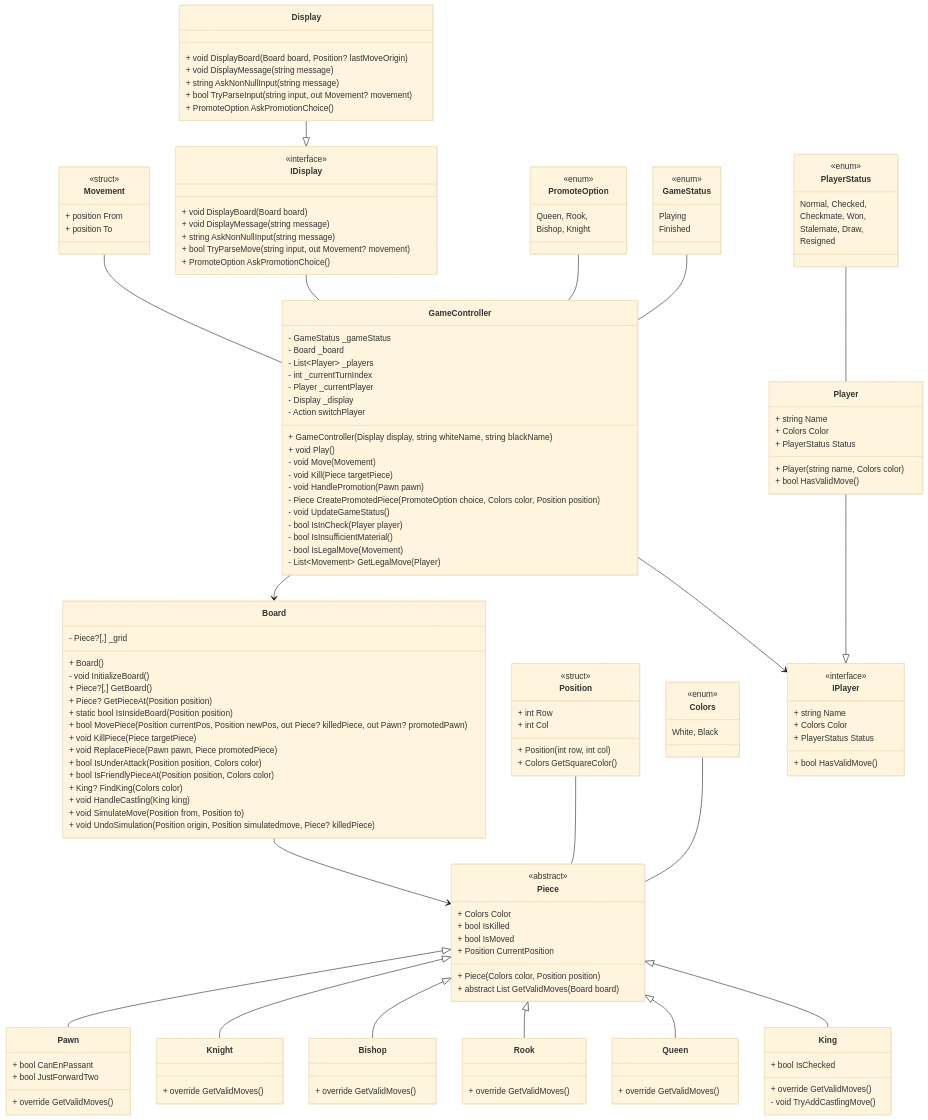
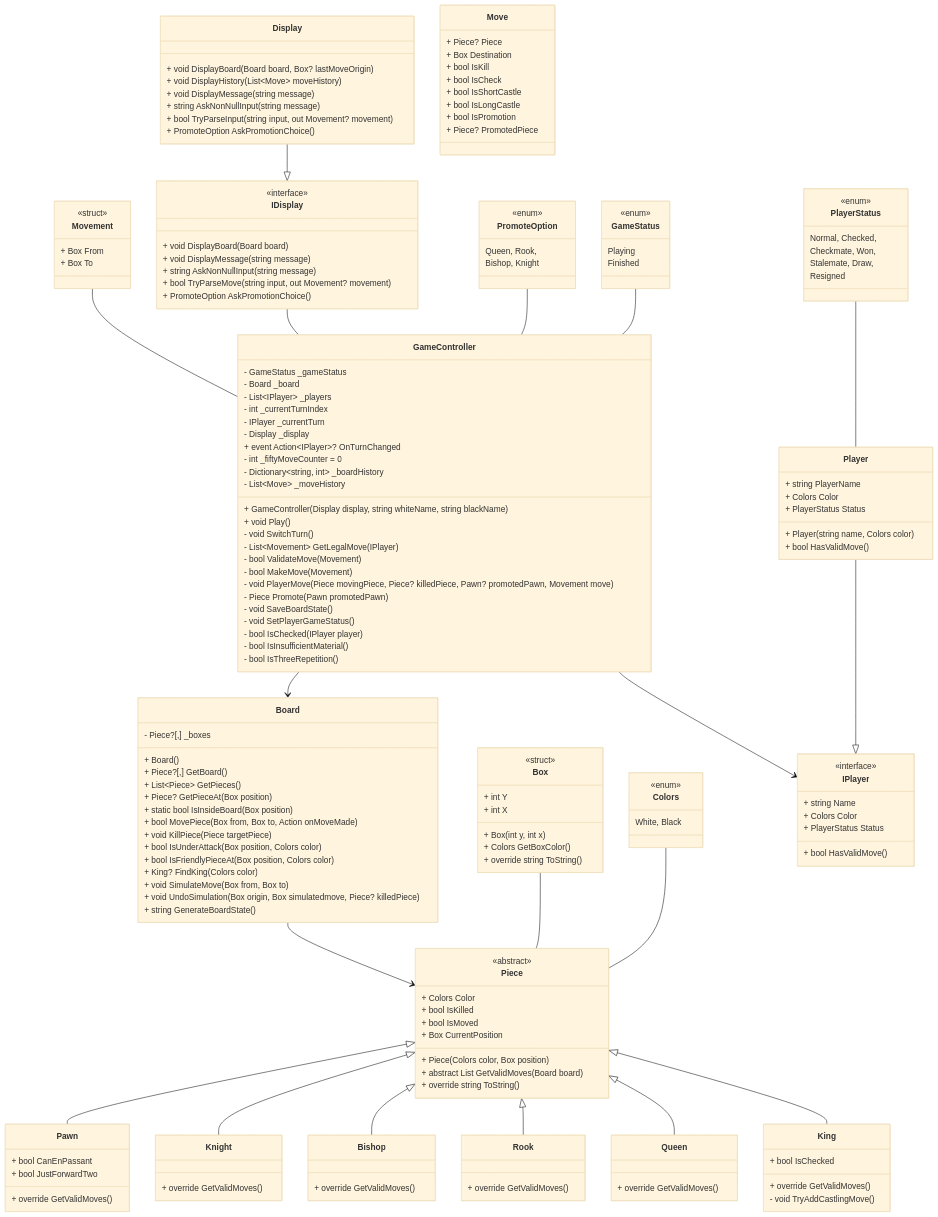
The diagram in BoardGame/chess2.mmd (soniaagst/project-sonia), drawn with Mermaid (base theme) before and after one commit. The commit also changed 2 other files, not shown here.

Commit message:
updated chess class diagram

```diff
--- a/BoardGame/chess2.mmd
+++ b/BoardGame/chess2.mmd
@@ -1,172 +1,190 @@
 classDiagram
     class GameController {
         - GameStatus _gameStatus
         - Board _board
-        - List~Player~ _players
+        - List~IPlayer~ _players
         - int _currentTurnIndex
-        - Player _currentPlayer
+        - IPlayer _currentTurn
         - Display _display
-        - Action switchPlayer
+        + event Action~IPlayer~? OnTurnChanged
+        - int _fiftyMoveCounter = 0
+        - Dictionary~string, int~ _boardHistory
+        - List~Move~ _moveHistory
         + GameController(Display display, string whiteName, string blackName)
         + void Play()
-        - void Move(Movement)
-        - void Kill(Piece targetPiece)
-        - void HandlePromotion(Pawn pawn)
-        - Piece CreatePromotedPiece(PromoteOption choice, Colors color, Position position)
-        - void UpdateGameStatus()
-        - bool IsInCheck(Player player)
+        - void SwitchTurn()
+        - List~Movement~ GetLegalMove(IPlayer)
+        - bool ValidateMove(Movement)
+        - bool MakeMove(Movement)
+        - void PlayerMove(Piece movingPiece, Piece? killedPiece, Pawn? promotedPawn, Movement move)
+        - Piece Promote(Pawn promotedPawn)
+        - void SaveBoardState()
+        - void SetPlayerGameStatus()
+        - bool IsChecked(IPlayer player)
         - bool IsInsufficientMaterial()
-        - bool IsLegalMove(Movement)
-        - List~Movement~ GetLegalMove(Player)
+        - bool IsThreeRepetition()
     }
 
     class Display {
-        + void DisplayBoard(Board board, Position? lastMoveOrigin)
+        + void DisplayBoard(Board board, Box? lastMoveOrigin)
+        + void DisplayHistory(List~Move~ moveHistory)
         + void DisplayMessage(string message)
         + string AskNonNullInput(string message)
         + bool TryParseInput(string input, out Movement? movement)
         + PromoteOption AskPromotionChoice()
     }
 
     class Board {
-        - Piece?[,] _grid
+        - Piece?[,] _boxes
         + Board()
-        - void InitializeBoard()
         + Piece?[,] GetBoard()
-        + Piece? GetPieceAt(Position position)
-        + static bool IsInsideBoard(Position position)
-        + bool MovePiece(Position currentPos, Position newPos, out Piece? killedPiece, out Pawn? promotedPawn)
+        + List~Piece~ GetPieces()
+        + Piece? GetPieceAt(Box position)
+        + static bool IsInsideBoard(Box position)
+        + bool MovePiece(Box from, Box to, Action onMoveMade)
         + void KillPiece(Piece targetPiece)
-        + void ReplacePiece(Pawn pawn, Piece promotedPiece)
-        + bool IsUnderAttack(Position position, Colors color)
-        + bool IsFriendlyPieceAt(Position position, Colors color)
+        + bool IsUnderAttack(Box position, Colors color)
+        + bool IsFriendlyPieceAt(Box position, Colors color)
         + King? FindKing(Colors color)
-        + void HandleCastling(King king)
-        + void SimulateMove(Position from, Position to)
-        + void UndoSimulation(Position origin, Position simulatedmove, Piece? killedPiece)
+        + void SimulateMove(Box from, Box to)
+        + void UndoSimulation(Box origin, Box simulatedmove, Piece? killedPiece)
+        + string GenerateBoardState()
     }
 
     class Piece {
         <<abstract>>
         + Colors Color
         + bool IsKilled
         + bool IsMoved
-        + Position CurrentPosition
-        + Piece(Colors color, Position position)
+        + Box CurrentPosition
+        + Piece(Colors color, Box position)
         + abstract List<Position> GetValidMoves(Board board)
+        + override string ToString()
     }
 
     class Pawn {
         + bool CanEnPassant
         + bool JustForwardTwo
         + override GetValidMoves()
     }
 
     class Knight {
         + override GetValidMoves()
     }
 
     class Bishop {
         + override GetValidMoves()
     }
 
     class Rook {
         + override GetValidMoves()
     }
 
     class Queen {
         + override GetValidMoves()
     }
 
     class King {
         + bool IsChecked
         + override GetValidMoves()
         - void TryAddCastlingMove()
     }
 
     class Player {
-        + string Name
+        + string PlayerName
         + Colors Color
         + PlayerStatus Status
         + Player(string name, Colors color)
         + bool HasValidMove()
     }
 
     class Movement {
         <<struct>>
-        + position From
-        + position To
+        + Box From
+        + Box To
     }
 
-    class Position {
+    class Move {
+        + Piece? Piece
+        + Box Destination
+        + bool IsKill
+        + bool IsCheck
+        + bool IsShortCastle
+        + bool IsLongCastle
+        + bool IsPromotion
+        + Piece? PromotedPiece
+    }
+
+    class Box {
         <<struct>>
-        + int Row
-        + int Col
-        + Position(int row, int col)
-        + Colors GetSquareColor()
+        + int Y
+        + int X
+        + Box(int y, int x)
+        + Colors GetBoxColor()
+        + override string ToString()
     }
 
     class GameStatus {
         <<enum>>
         Playing
         Finished
     }
 
     class PlayerStatus {
         <<enum>>
         Normal, Checked,
         Checkmate, Won,
         Stalemate, Draw,
         Resigned
     }
 
     class PromoteOption {
         <<enum>>
         Queen, Rook,
         Bishop, Knight
     }
 
     class Colors {
         <<enum>>
         White, Black
     }
 
     class IPlayer {
         <<interface>>
         + string Name
         + Colors Color
         + PlayerStatus Status
         + bool HasValidMove ()
     }
 
     class IDisplay {
         <<interface>>
         + void DisplayBoard(Board board)
         + void DisplayMessage(string message) 
         + string AskNonNullInput(string message)
         + bool TryParseMove(string input, out Movement? movement)
         + PromoteOption AskPromotionChoice()
     }
 
     GameController --> Board
     GameController --> IPlayer
 
     Board --> Piece
     
     Piece <|-- Pawn
     Piece <|-- Knight
     Piece <|-- Bishop
     Piece <|-- Rook
     Piece <|-- Queen
     Piece <|-- King
     
     Player --|> IPlayer
     Display --|> IDisplay
     
     Movement -- GameController
     IDisplay -- GameController
     PromoteOption -- GameController
     GameStatus -- GameController
     PlayerStatus -- Player
-    Position --Piece
+    Box --Piece
     Colors -- Piece
```
